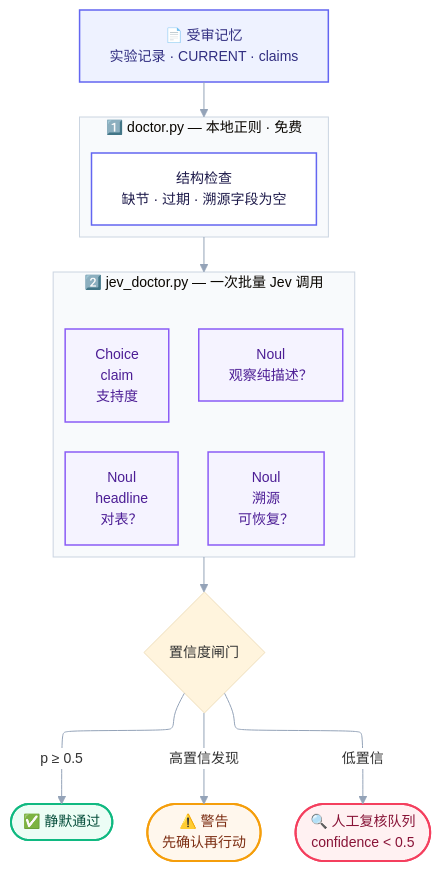
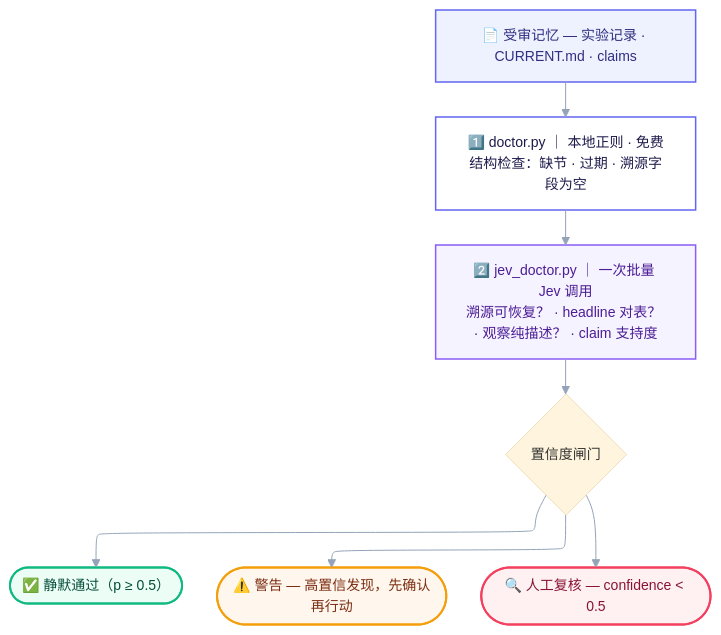
Before and after one commit to poiuyjie/jev_project_context: the second of 2 diagrams in README.zh-CN.md, drawn with Mermaid. The commit also changed 1 other file, not shown here.

Commit message:
Compact audit diagram: five-layer flow, no subgraphs or edge labels, questions inlined

````diff
--- a/README.zh-CN.md
+++ b/README.zh-CN.md
@@ -45,32 +45,22 @@
 ```mermaid
 flowchart TB
     %%{init: {"flowchart":{"defaultRenderer":"elk"},"theme":"base","themeVariables":{"fontFamily":"Inter, ui-sans-serif, system-ui, sans-serif","fontSize":"14px","clusterBkg":"#F8FAFC","clusterBorder":"#CBD5E1","lineColor":"#94A3B8","edgeLabelBackground":"#FFFFFF"}}}%%
 
-    src["📄 受审记忆<br/>实验记录 · CURRENT · claims"]:::c1 --> L1
+    src["📄 受审记忆 — 实验记录 · CURRENT.md · claims"]:::c1
+    r1["1️⃣ doctor.py ｜ 本地正则 · 免费<br/>结构检查：缺节 · 过期 · 溯源字段为空"]:::c2
+    r2["2️⃣ jev_doctor.py ｜ 一次批量 Jev 调用<br/>溯源可恢复？ · headline 对表？ · 观察纯描述？ · claim 支持度"]:::c3
+    gate{"置信度闸门"}
+    ok(["✅ 静默通过（p ≥ 0.5）"]):::okc
+    warn(["⚠️ 警告 — 高置信发现，先确认再行动"]):::warnc
+    rev(["🔍 人工复核 — confidence < 0.5"]):::revc
 
-    subgraph L1["1️⃣ doctor.py — 本地正则 · 免费"]
-        r1["结构检查<br/>缺节 · 过期 · 溯源字段为空"]:::c2
-    end
-
-    L1 --> L2
-
-    subgraph L2["2️⃣ jev_doctor.py — 一次批量 Jev 调用"]
-        direction LR
-        q1["Noul<br/>溯源<br/>可恢复？"]:::c3
-        q2["Noul<br/>headline<br/>对表？"]:::c3
-        q3["Noul<br/>观察纯描述？"]:::c3
-        q4["Choice<br/>claim<br/>支持度"]:::c3
-    end
-
-    L2 --> gate{"置信度闸门"}
-    gate -->|p ≥ 0.5| ok(["✅ 静默通过"]):::okc
-    gate -->|高置信发现| warn(["⚠️ 警告<br/>先确认再行动"]):::warnc
-    gate -->|低置信| rev(["🔍 人工复核队列<br/>confidence < 0.5"]):::revc
+    src --> r1 --> r2 --> gate
+    gate --> ok & warn & rev
 
     classDef c1 fill:#EEF2FF,stroke:#6366F1,stroke-width:1.5px,color:#312E81;
     classDef c2 fill:#FFFFFF,stroke:#6366F1,stroke-width:1.5px,color:#1E1B4B;
     classDef c3 fill:#F5F3FF,stroke:#8B5CF6,stroke-width:1.5px,color:#4C1D95;
     classDef okc fill:#ECFDF5,stroke:#10B981,stroke-width:2px,color:#064E3B;
     classDef warnc fill:#FFF7ED,stroke:#F59E0B,stroke-width:2px,color:#7C2D12;
     classDef revc fill:#FFF1F2,stroke:#F43F5E,stroke-width:2px,color:#881337;
 ```
````
